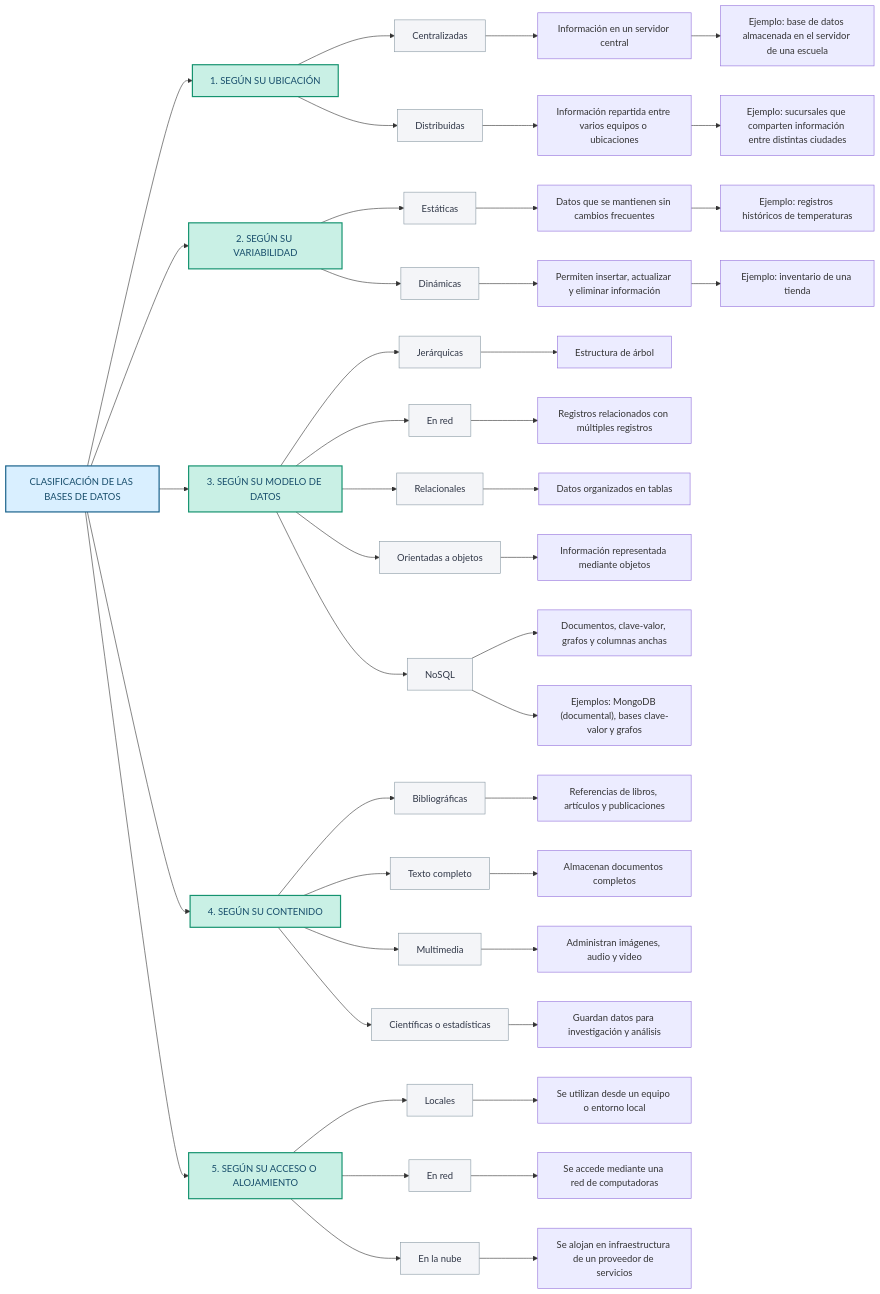
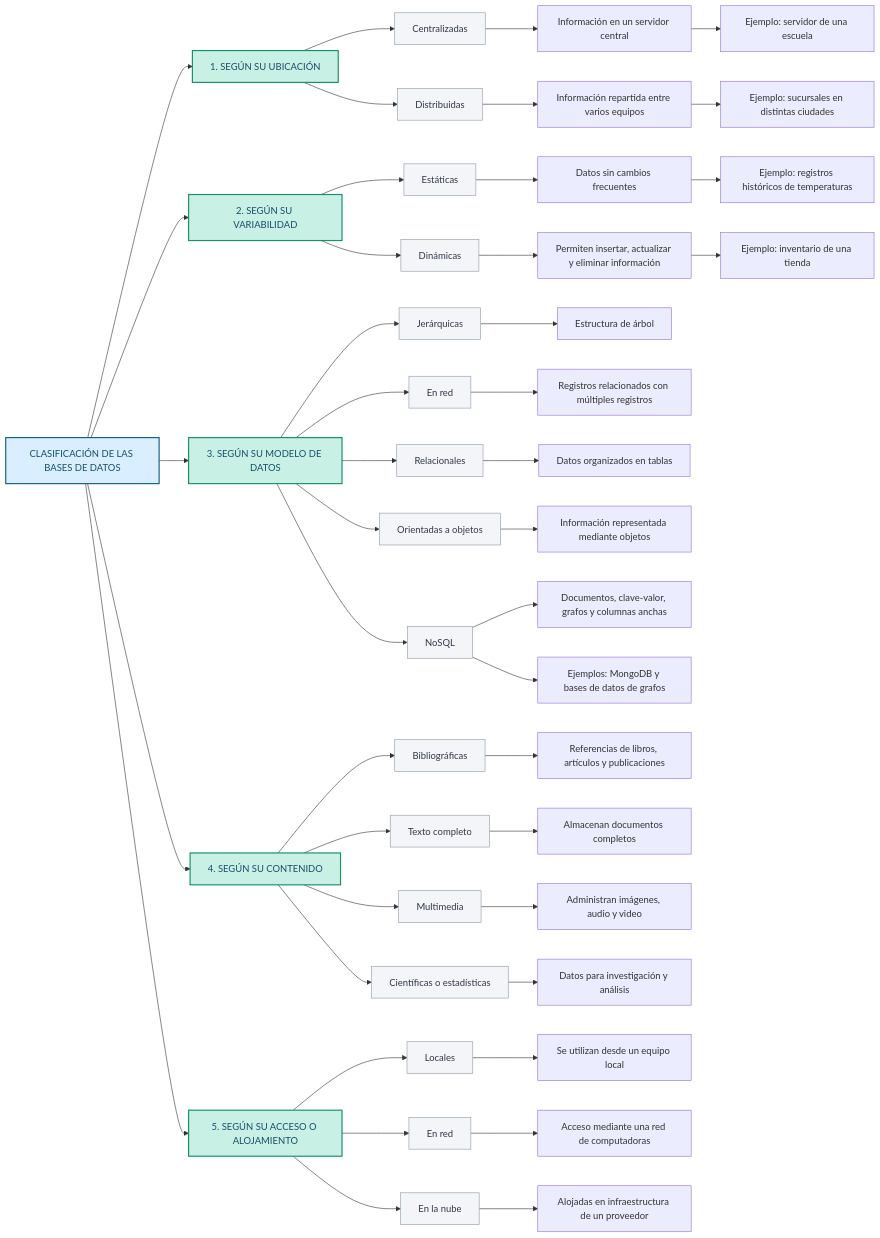
Before and after one commit to Lorena-03/Fundamentos-de-Base-de-Datos: the first of 3 diagrams in Unidad1/Tarea1.2/README.md, drawn with Mermaid. The commit also changed other lines of this file, not shown here.

Commit message:
Update README with new sections and content revisions

````diff
--- a/Unidad1/Tarea1.2/README.md
+++ b/Unidad1/Tarea1.2/README.md
@@ -5,59 +9,60 @@
 ```mermaid
 flowchart LR
     A["CLASIFICACIÓN DE LAS BASES DE DATOS"]
 
     A --> B["1. SEGÚN SU UBICACIÓN"]
     A --> C["2. SEGÚN SU VARIABILIDAD"]
     A --> D["3. SEGÚN SU MODELO DE DATOS"]
     A --> E["4. SEGÚN SU CONTENIDO"]
     A --> F["5. SEGÚN SU ACCESO O ALOJAMIENTO"]
 
     B --> B1["Centralizadas"]
     B1 --> B11["Información en un servidor central"]
-    B11 --> B12["Ejemplo: base de datos almacenada en el servidor de una escuela"]
+    B11 --> B12["Ejemplo: servidor de una escuela"]
     B --> B2["Distribuidas"]
-    B2 --> B21["Información repartida entre varios equipos o ubicaciones"]
-    B21 --> B22["Ejemplo: sucursales que comparten información entre distintas ciudades"]
+    B2 --> B21["Información repartida entre varios equipos"]
+    B21 --> B22["Ejemplo: sucursales en distintas ciudades"]
 
     C --> C1["Estáticas"]
-    C1 --> C11["Datos que se mantienen sin cambios frecuentes"]
+    C1 --> C11["Datos sin cambios frecuentes"]
     C11 --> C12["Ejemplo: registros históricos de temperaturas"]
     C --> C2["Dinámicas"]
     C2 --> C21["Permiten insertar, actualizar y eliminar información"]
     C21 --> C22["Ejemplo: inventario de una tienda"]
 
     D --> D1["Jerárquicas"]
     D1 --> D11["Estructura de árbol"]
     D --> D2["En red"]
     D2 --> D21["Registros relacionados con múltiples registros"]
     D --> D3["Relacionales"]
     D3 --> D31["Datos organizados en tablas"]
     D --> D4["Orientadas a objetos"]
     D4 --> D41["Información representada mediante objetos"]
     D --> D5["NoSQL"]
     D5 --> D51["Documentos, clave-valor, grafos y columnas anchas"]
-    D5 --> D52["Ejemplos: MongoDB (documental), bases clave-valor y grafos"]
+    D5 --> D52["Ejemplos: MongoDB y bases de datos de grafos"]
 
     E --> E1["Bibliográficas"]
     E1 --> E11["Referencias de libros, artículos y publicaciones"]
     E --> E2["Texto completo"]
     E2 --> E21["Almacenan documentos completos"]
     E --> E3["Multimedia"]
     E3 --> E31["Administran imágenes, audio y video"]
     E --> E4["Científicas o estadísticas"]
-    E4 --> E41["Guardan datos para investigación y análisis"]
+    E4 --> E41["Datos para investigación y análisis"]
 
     F --> F1["Locales"]
-    F1 --> F11["Se utilizan desde un equipo o entorno local"]
+    F1 --> F11["Se utilizan desde un equipo local"]
     F --> F2["En red"]
-    F2 --> F21["Se accede mediante una red de computadoras"]
+    F2 --> F21["Acceso mediante una red de computadoras"]
     F --> F3["En la nube"]
-    F3 --> F31["Se alojan en infraestructura de un proveedor de servicios"]
+    F3 --> F31["Alojadas en infraestructura de un proveedor"]
 
     classDef principal fill:#d9efff,stroke:#17618a,stroke-width:2px,color:#174d6b
     classDef categoria fill:#c9f0e5,stroke:#15936f,stroke-width:2px,color:#174d6b
     classDef detalle fill:#f4f5f8,stroke:#8a9aa5,color:#303747
+
     class A principal
     class B,C,D,E,F categoria
     class B1,B2,C1,C2,D1,D2,D3,D4,D5,E1,E2,E3,E4,F1,F2,F3 detalle
 ```
````
